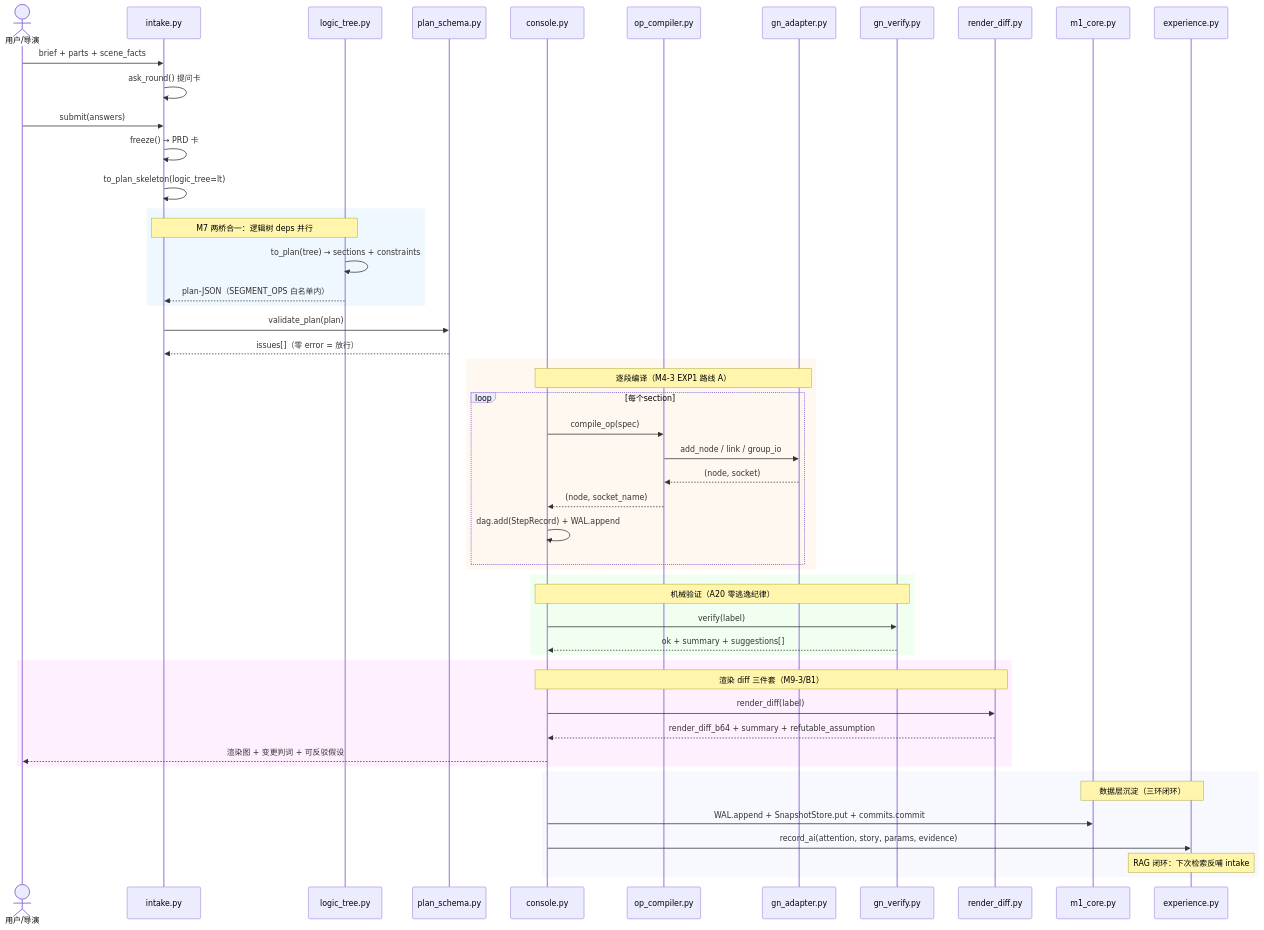
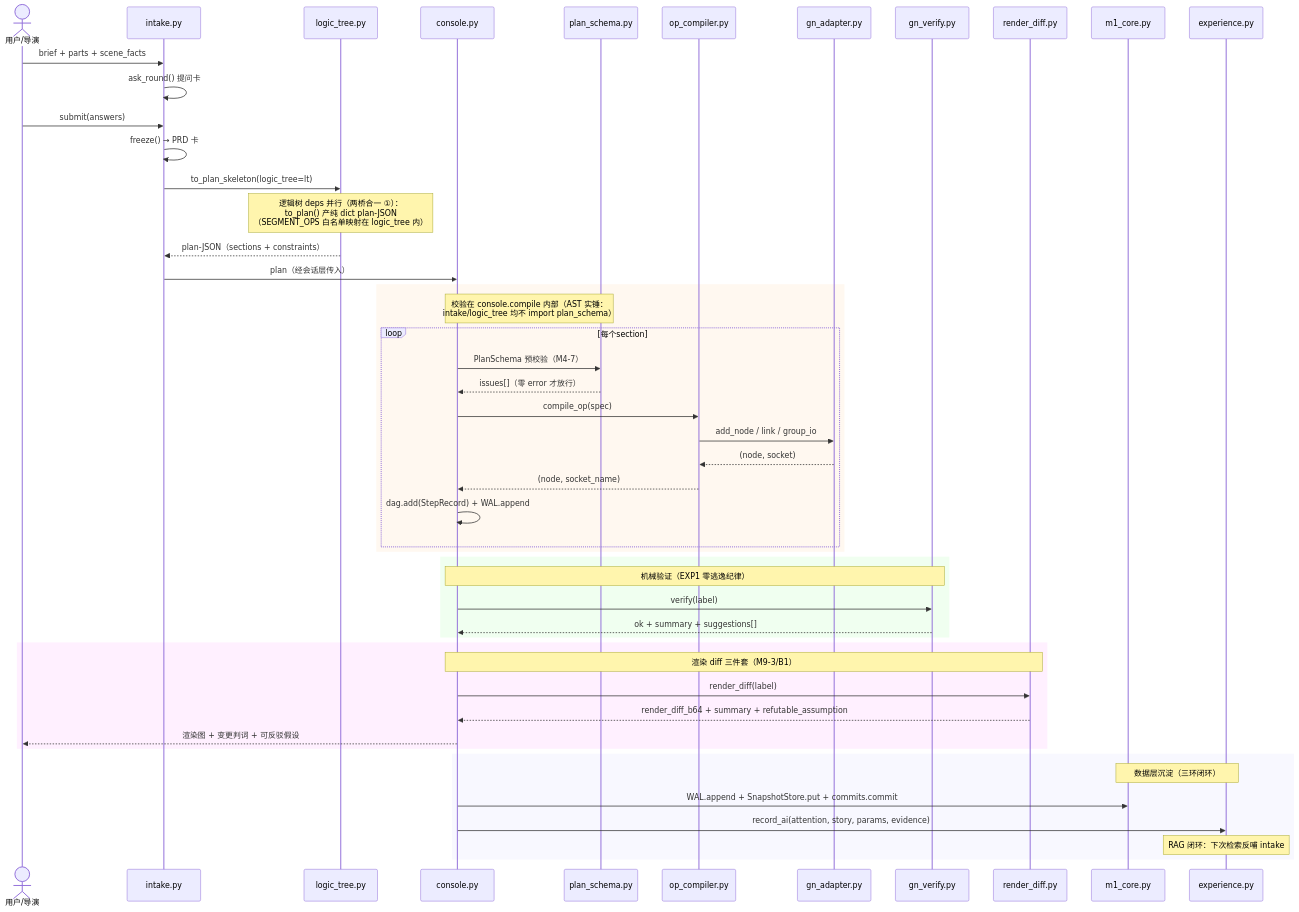
Before and after one commit to master666-max/blender-ai-console: the third of 7 diagrams in docs/architecture/architecture_diagrams.md, drawn with Mermaid. The commit also changed other lines of this file and 1 other file, not shown here.

First line of the commit message:
docs: 架构图集 v2——AST 数据锚重制，验收六条全裁决（含 v1→v2 修正记录）

````diff
--- a/docs/architecture/architecture_diagrams.md
+++ b/docs/architecture/architecture_diagrams.md
@@ -153,60 +200,56 @@
 ```mermaid
 sequenceDiagram
     actor U as 用户/导演
     participant I as intake.py
     participant LT as logic_tree.py
+    participant C as console.py
     participant PS as plan_schema.py
-    participant C as console.py
     participant OC as op_compiler.py
     participant GA as gn_adapter.py
     participant GV as gn_verify.py
     participant RD as render_diff.py
     participant M1 as m1_core.py
     participant EXP as experience.py
 
     U->>I: brief + parts + scene_facts
     I->>I: ask_round() 提问卡
     U->>I: submit(answers)
     I->>I: freeze() → PRD 卡
-    I->>I: to_plan_skeleton(logic_tree=lt)
+    I->>LT: to_plan_skeleton(logic_tree=lt)
+    Note over LT: 逻辑树 deps 并行（两桥合一 ①）：<br/>to_plan() 产纯 dict plan-JSON<br/>（SEGMENT_OPS 白名单映射在 logic_tree 内）
+    LT-->>I: plan-JSON（sections + constraints）
 
-    rect rgb(240, 248, 255)
-        Note over I,LT: M7 两桥合一：逻辑树 deps 并行
-        LT->>LT: to_plan(tree) → sections + constraints
-        LT-->>I: plan-JSON（SEGMENT_OPS 白名单内）
-    end
-
-    I->>PS: validate_plan(plan)
-    PS-->>I: issues[]（零 error = 放行）
-
+    I->>C: plan（经会话层传入）
     rect rgb(255, 248, 240)
-        Note over C,GA: 逐段编译（M4-3 EXP1 路线 A）
+        Note over C,PS: 校验在 console.compile 内部（AST 实锤：<br/>intake/logic_tree 均不 import plan_schema）
         loop 每个section
+            C->>PS: PlanSchema 预校验（M4-7）
+            PS-->>C: issues[]（零 error 才放行）
             C->>OC: compile_op(spec)
             OC->>GA: add_node / link / group_io
             GA-->>OC: (node, socket)
             OC-->>C: (node, socket_name)
             C->>C: dag.add(StepRecord) + WAL.append
         end
     end
 
     rect rgb(240, 255, 240)
-        Note over C,GV: 机械验证（A20 零逃逸纪律）
+        Note over C,GV: 机械验证（EXP1 零逃逸纪律）
         C->>GV: verify(label)
         GV-->>C: ok + summary + suggestions[]
     end
 
     rect rgb(255, 240, 255)
         Note over C,RD: 渲染 diff 三件套（M9-3/B1）
         C->>RD: render_diff(label)
         RD-->>C: render_diff_b64 + summary + refutable_assumption
         C-->>U: 渲染图 + 变更判词 + 可反驳假设
     end
 
     rect rgb(248, 248, 255)
         Note over M1,EXP: 数据层沉淀（三环闭环）
         C->>M1: WAL.append + SnapshotStore.put + commits.commit
         C->>EXP: record_ai(attention, story, params, evidence)
         Note over EXP: RAG 闭环：下次检索反哺 intake
     end
 ```
````
